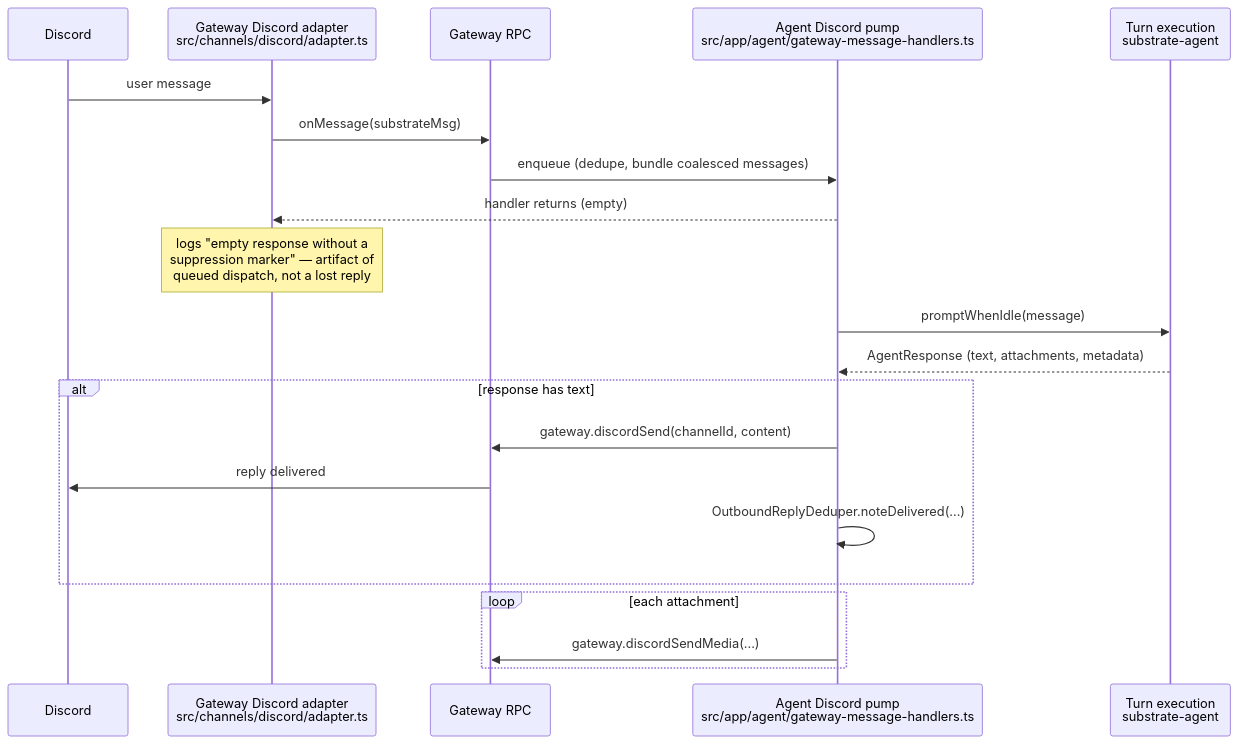
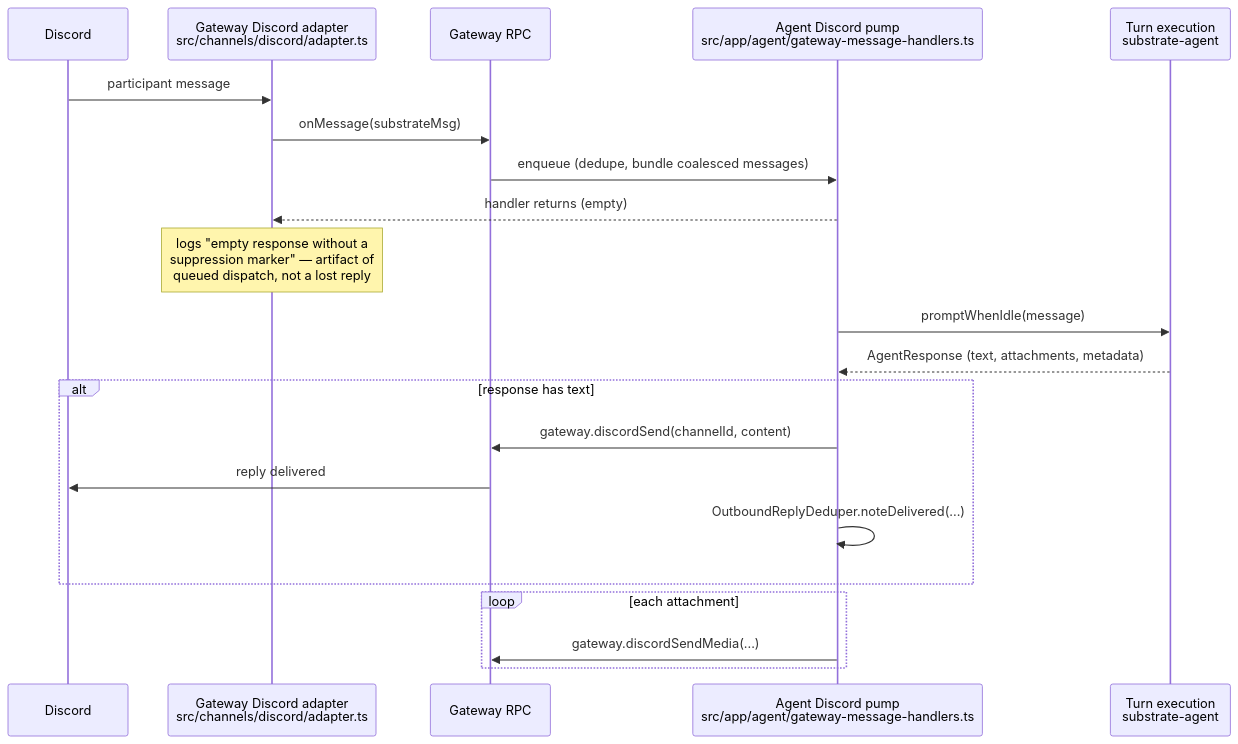
Before and after one commit to CGIC-AI/psfn-framework: the first of 4 diagrams in docs/chat-turn-lifecycle.md, drawn with Mermaid. The commit also changed other lines of this file and 14 other files, not shown here.

````diff
--- a/docs/chat-turn-lifecycle.md
+++ b/docs/chat-turn-lifecycle.md
@@ -21,24 +21,24 @@
 ```mermaid
 sequenceDiagram
     participant D as Discord
     participant GA as Gateway Discord adapter<br/>src/channels/discord/adapter.ts
     participant RPC as Gateway RPC
     participant P as Agent Discord pump<br/>src/app/agent/gateway-message-handlers.ts
     participant T as Turn execution<br/>substrate-agent
 
-    D->>GA: user message
+    D->>GA: participant message
     GA->>RPC: onMessage(substrateMsg)
     RPC->>P: enqueue (dedupe, bundle coalesced messages)
     P-->>GA: handler returns (empty)
     Note over GA: logs "empty response without a<br/>suppression marker" — artifact of<br/>queued dispatch, not a lost reply
     P->>T: promptWhenIdle(message)
     T-->>P: AgentResponse (text, attachments, metadata)
     alt response has text
         P->>RPC: gateway.discordSend(channelId, content)
         RPC->>D: reply delivered
         P->>P: OutboundReplyDeduper.noteDelivered(...)
     end
     loop each attachment
         P->>RPC: gateway.discordSendMedia(...)
     end
 ```
````
